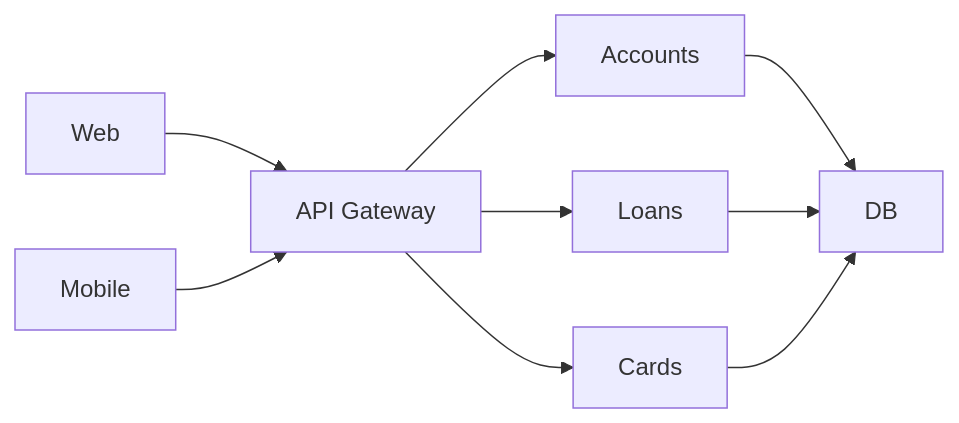
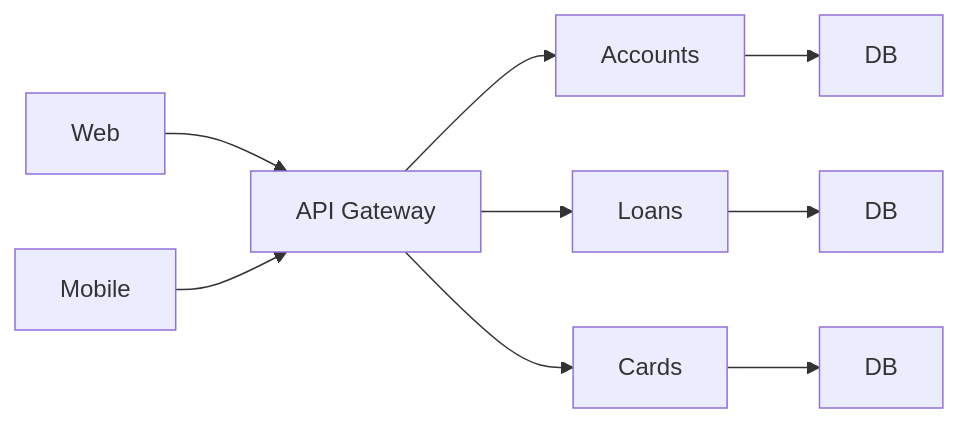
The diagram in Readme.md (Arannamoy-Mondal/Microservices), drawn with Mermaid before and after one commit.

````diff
--- a/Readme.md
+++ b/Readme.md
@@ -106,11 +106,11 @@
 ```mermaid
 graph LR;
 A[Web] --> C[API Gateway]
 B[Mobile] --> C[API Gateway]
 C[API Gateway] --> G[Accounts]
 C[API Gateway] --> E[Loans]
 C[API Gateway] --> F[Cards]
-G[Accounts] --> D[DB]
-E[Loans] --> D[DB]
-F[Cards] --> D[DB]
+G[Accounts] --> D1[DB]
+E[Loans] --> D2[DB]
+F[Cards] --> D3[DB]
 ```
````
